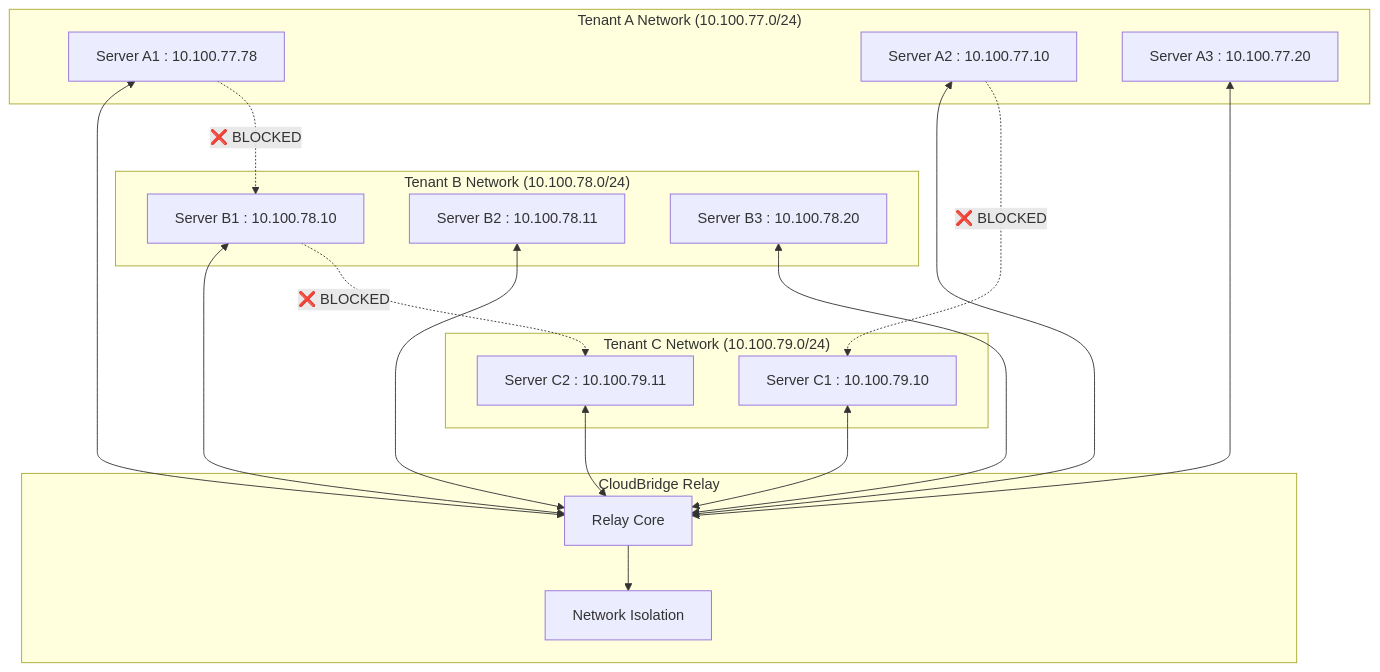
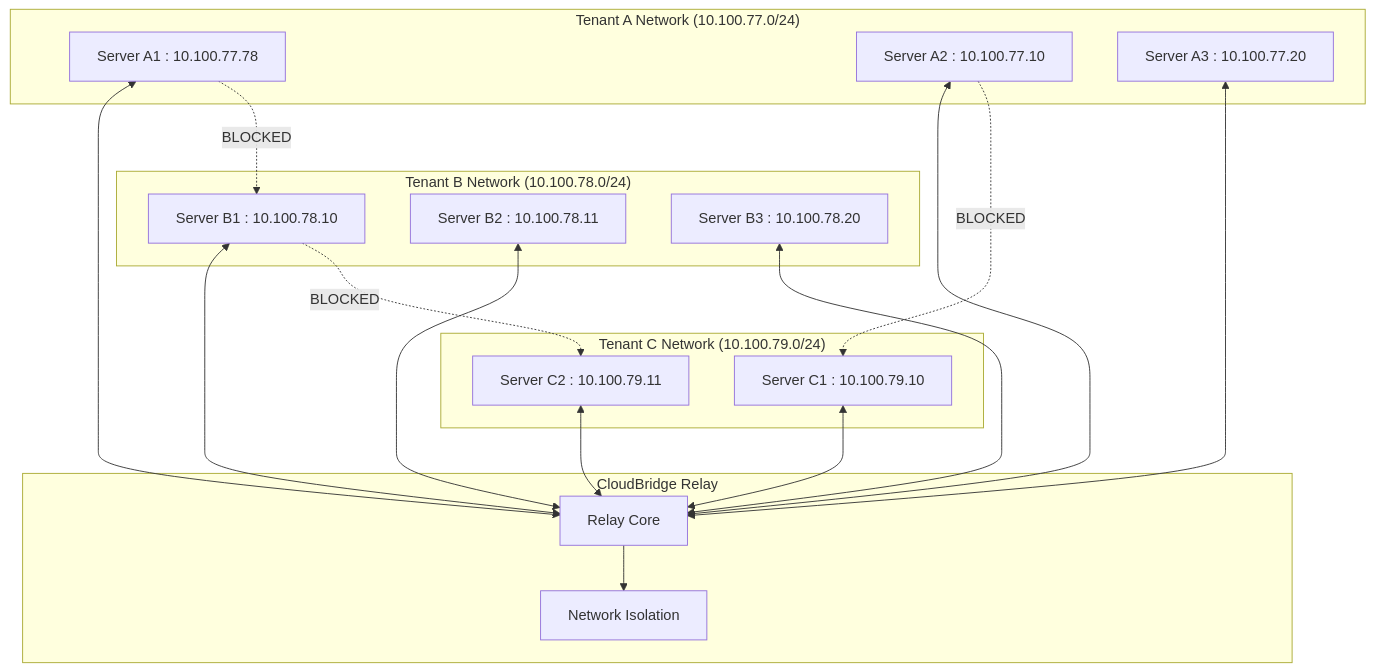
Before and after one commit to twogc/cloudbridge-relay-installer: diagram 15 of 26 in docs/architecture/ARCHITECTURE_ANALYSIS.md, drawn with Mermaid. The commit also changed other lines of this file and 333 other files, not shown here.

````diff
--- a/docs/architecture/ARCHITECTURE_ANALYSIS.md
+++ b/docs/architecture/ARCHITECTURE_ANALYSIS.md
@@ -1106,41 +1106,41 @@
 ```mermaid
 graph TB
     subgraph "Tenant A Network (10.100.77.0/24)"
         TA1[Server A1 : 10.100.77.78]
         TA2[Server A2 : 10.100.77.10]
         TA3[Server A3 : 10.100.77.20]
     end
     
     subgraph "Tenant B Network (10.100.78.0/24)"
         TB1[Server B1 : 10.100.78.10]
         TB2[Server B2 : 10.100.78.11]
         TB3[Server B3 : 10.100.78.20]
     end
     
     subgraph "Tenant C Network (10.100.79.0/24)"
         TC1[Server C1 : 10.100.79.10]
         TC2[Server C2 : 10.100.79.11]
     end
     
     subgraph "CloudBridge Relay"
         RELAY[Relay Core]
         ISOLATION[Network Isolation]
     end
     
     TA1 <--> RELAY
     TA2 <--> RELAY
     TA3 <--> RELAY
     
     TB1 <--> RELAY
     TB2 <--> RELAY
     TB3 <--> RELAY
     
     TC1 <--> RELAY
     TC2 <--> RELAY
     
     RELAY --> ISOLATION
     
-    TA1 -.->|❌ BLOCKED| TB1
-    TA2 -.->|❌ BLOCKED| TC1
-    TB1 -.->|❌ BLOCKED| TC2
+    TA1 -.->| BLOCKED| TB1
+    TA2 -.->| BLOCKED| TC1
+    TB1 -.->| BLOCKED| TC2
 ```
````
